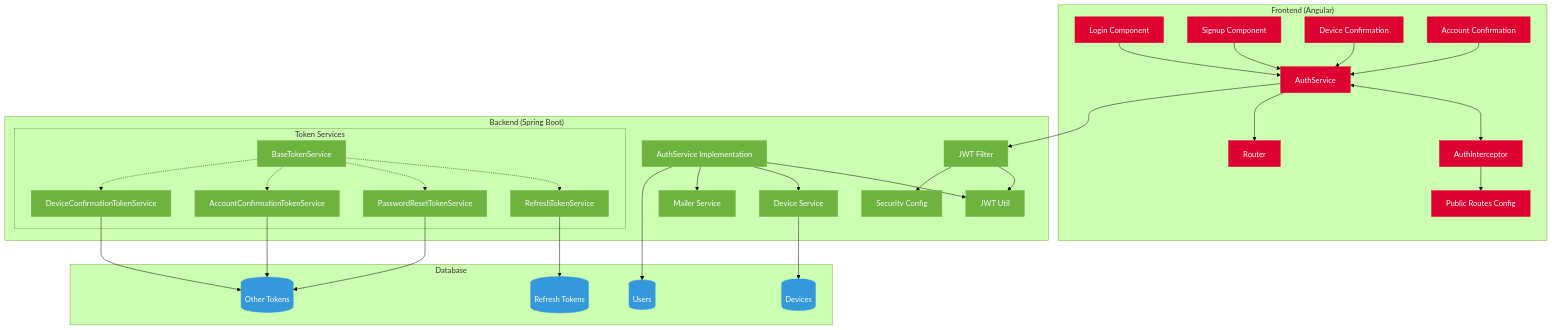
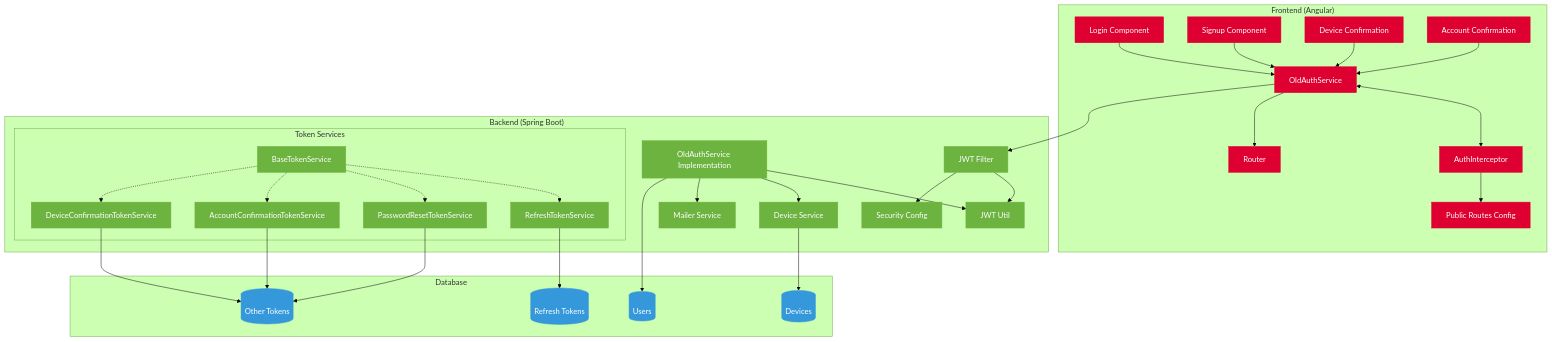
The diagram in documentations/Authentication/architecture-diagram.mermaid (kalonjis/CoreProject_Front), drawn with Mermaid (forest theme) before and after one commit. The commit also changed 31 other files, not shown here.

```diff
--- a/documentations/Authentication/architecture-diagram.mermaid
+++ b/documentations/Authentication/architecture-diagram.mermaid
@@ -1,73 +1,73 @@
 flowchart TD
     subgraph Frontend["Frontend (Angular)"]
-        authService["AuthService"]
+        authService["OldAuthService"]
         authInterceptor["AuthInterceptor"]
         router["Router"]
         publicRoutes["Public Routes Config"]
         login["Login Component"]
         signup["Signup Component"]
         deviceConfirm["Device Confirmation"]
         accountConfirm["Account Confirmation"]
     end
-    
+
     subgraph Backend["Backend (Spring Boot)"]
         jwtFilter["JWT Filter"]
         jwtUtil["JWT Util"]
         securityConfig["Security Config"]
-        authServiceImpl["AuthService Implementation"]
+        authServiceImpl["OldAuthService Implementation"]
         deviceService["Device Service"]
         mailerService["Mailer Service"]
         subgraph Tokens["Token Services"]
             baseTokenService["BaseTokenService"]
             refreshTokenService["RefreshTokenService"]
             pwdResetTokenService["PasswordResetTokenService"]
             accountConfirmTokenService["AccountConfirmationTokenService"]
             deviceConfirmTokenService["DeviceConfirmationTokenService"]
         end
     end
-    
+
     subgraph Database["Database"]
         users[("Users")]
         devices[("Devices")]
         refreshTokens[("Refresh Tokens")]
         otherTokens[("Other Tokens")]
     end
-    
+
     authService <--> authInterceptor
     authService --> router
     authInterceptor --> publicRoutes
-    
+
     login --> authService
     signup --> authService
     deviceConfirm --> authService
     accountConfirm --> authService
-    
+
     authService --> jwtFilter
-    
+
     jwtFilter --> jwtUtil
     jwtFilter --> securityConfig
-    
+
     authServiceImpl --> jwtUtil
     authServiceImpl --> deviceService
     authServiceImpl --> mailerService
-    
+
     deviceService --> devices
     authServiceImpl --> users
-    
+
     baseTokenService -.-> refreshTokenService
     baseTokenService -.-> pwdResetTokenService
     baseTokenService -.-> accountConfirmTokenService
     baseTokenService -.-> deviceConfirmTokenService
-    
+
     refreshTokenService --> refreshTokens
     pwdResetTokenService --> otherTokens
     accountConfirmTokenService --> otherTokens
     deviceConfirmTokenService --> otherTokens
-    
+
     classDef angular fill:#DD0031,stroke:#DD0031,color:white;
     classDef spring fill:#6DB33F,stroke:#6DB33F,color:white;
     classDef database fill:#3498DB,stroke:#3498DB,color:white;
-    
+
     class authService,authInterceptor,router,publicRoutes,login,signup,deviceConfirm,accountConfirm angular;
     class jwtFilter,jwtUtil,securityConfig,authServiceImpl,deviceService,mailerService,baseTokenService,refreshTokenService,pwdResetTokenService,accountConfirmTokenService,deviceConfirmTokenService spring;
     class users,devices,refreshTokens,otherTokens database;
```
